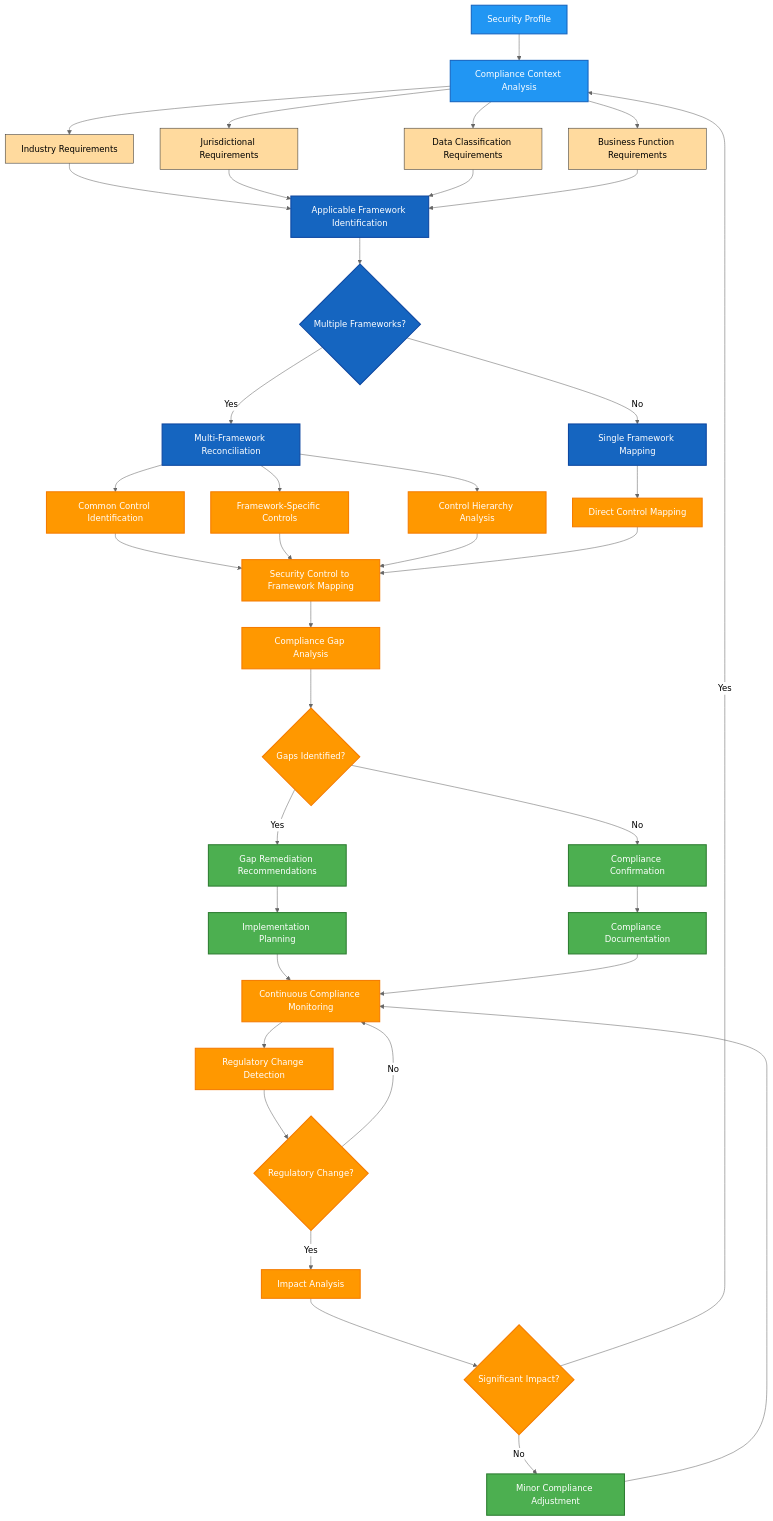
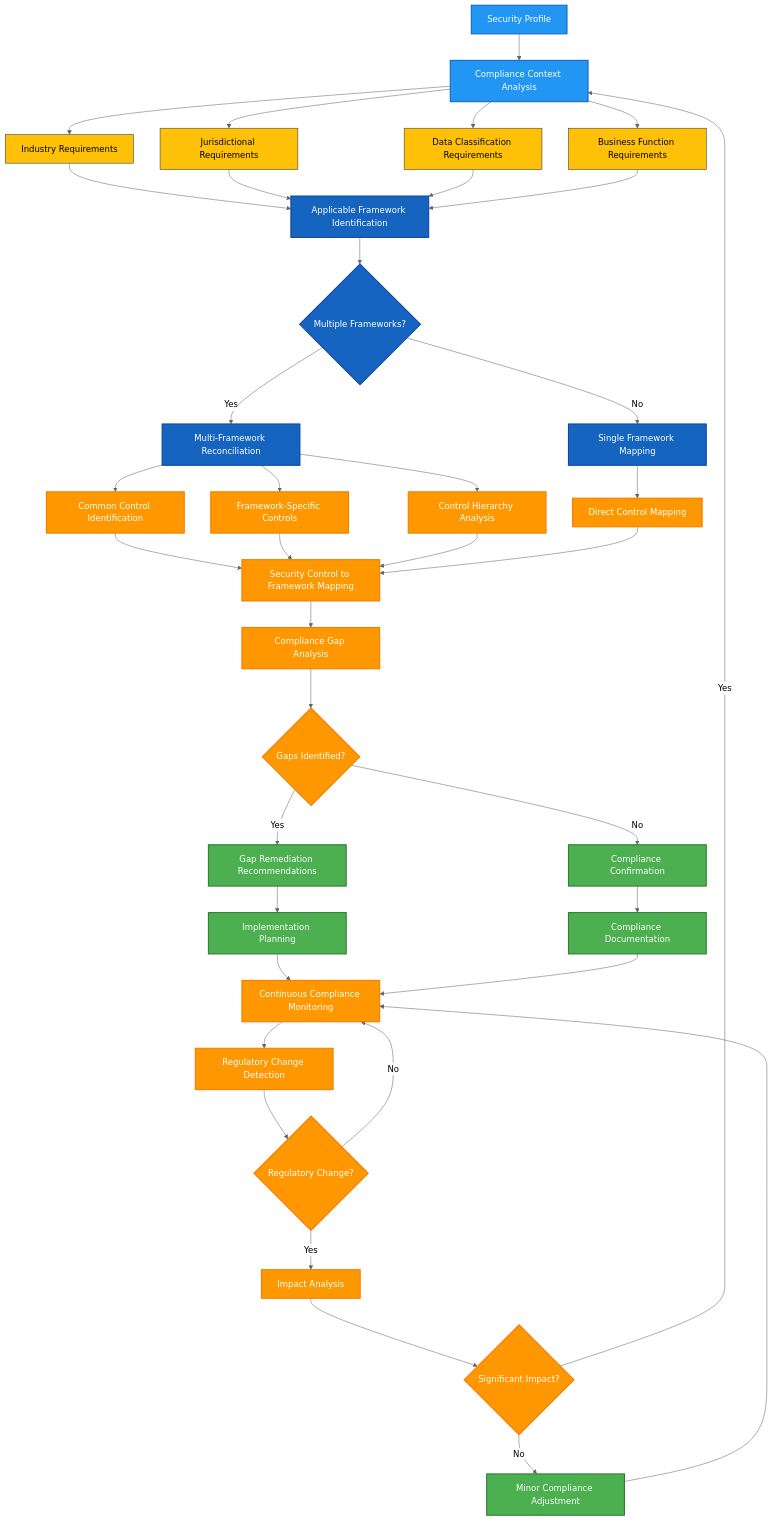
Before and after one commit to Hack23/cia-compliance-manager: the fourth of 15 diagrams in docs/architecture/FUTURE_FLOWCHART.md, drawn with Mermaid (neutral theme). The commit also changed other lines of this file and 18 other files, not shown here.

````diff
--- a/docs/architecture/FUTURE_FLOWCHART.md
+++ b/docs/architecture/FUTURE_FLOWCHART.md
@@ -271,64 +271,64 @@
 ```mermaid
 flowchart TD
     A[Security Profile] --> B[Compliance Context Analysis]
     
     B --> C1[Industry Requirements]
     B --> C2[Jurisdictional Requirements]
     B --> C3[Data Classification Requirements]
     B --> C4[Business Function Requirements]
     
     C1 & C2 & C3 & C4 --> D[Applicable Framework Identification]
     
     D --> E{Multiple Frameworks?}
     
     E -->|Yes| F1[Multi-Framework Reconciliation]
     E -->|No| F2[Single Framework Mapping]
     
     F1 --> G1[Common Control Identification]
     F1 --> G2[Framework-Specific Controls]
     F1 --> G3[Control Hierarchy Analysis]
     
     F2 --> G4[Direct Control Mapping]
     
     G1 & G2 & G3 & G4 --> H[Security Control to Framework Mapping]
     
     H --> I[Compliance Gap Analysis]
     I --> J{Gaps Identified?}
     
     J -->|Yes| K1[Gap Remediation Recommendations]
     J -->|No| K2[Compliance Confirmation]
     
     K1 --> L[Implementation Planning]
     K2 --> M[Compliance Documentation]
     
     L & M --> N[Continuous Compliance Monitoring]
     N --> O[Regulatory Change Detection]
     
     O --> P{Regulatory Change?}
     P -->|Yes| Q[Impact Analysis]
     P -->|No| N
     
     Q --> R{Significant Impact?}
     R -->|Yes| B
     R -->|No| S[Minor Compliance Adjustment]
     S --> N
 
     classDef profile fill:#2196F3,stroke:#1565C0,stroke-width:2px,color:#ffffff
     classDef context fill:#2196F3,stroke:#1565C0,stroke-width:2px,color:#ffffff
-    classDef reqs fill:#ffda9e,stroke:#333,stroke-width:1px,color:black
+    classDef reqs fill:#FFC107,stroke:#FFA000,stroke-width:2px,color:#000000,stroke:#333,stroke-width:1px,color:black
     classDef framework fill:#1565C0,stroke:#0D47A1,stroke-width:2px,color:#ffffff
     classDef mapping fill:#FF9800,stroke:#F57C00,stroke-width:2px,color:#ffffff
     classDef analysis fill:#FF9800,stroke:#F57C00,stroke-width:2px,color:#ffffff
     classDef output fill:#4CAF50,stroke:#2E7D32,stroke-width:2px,color:#ffffff
     classDef decision fill:#FF9800,stroke:#F57C00,stroke-width:2px,color:#ffffff
     classDef monitoring fill:#FF9800,stroke:#F57C00,stroke-width:2px,color:#ffffff
     
     class A profile
     class B context
     class C1,C2,C3,C4 reqs
     class D,E,F1,F2 framework
     class G1,G2,G3,G4,H mapping
     class I,J,Q,R analysis
     class K1,K2,L,M,S output
     class N,O,P monitoring
 ```
````
